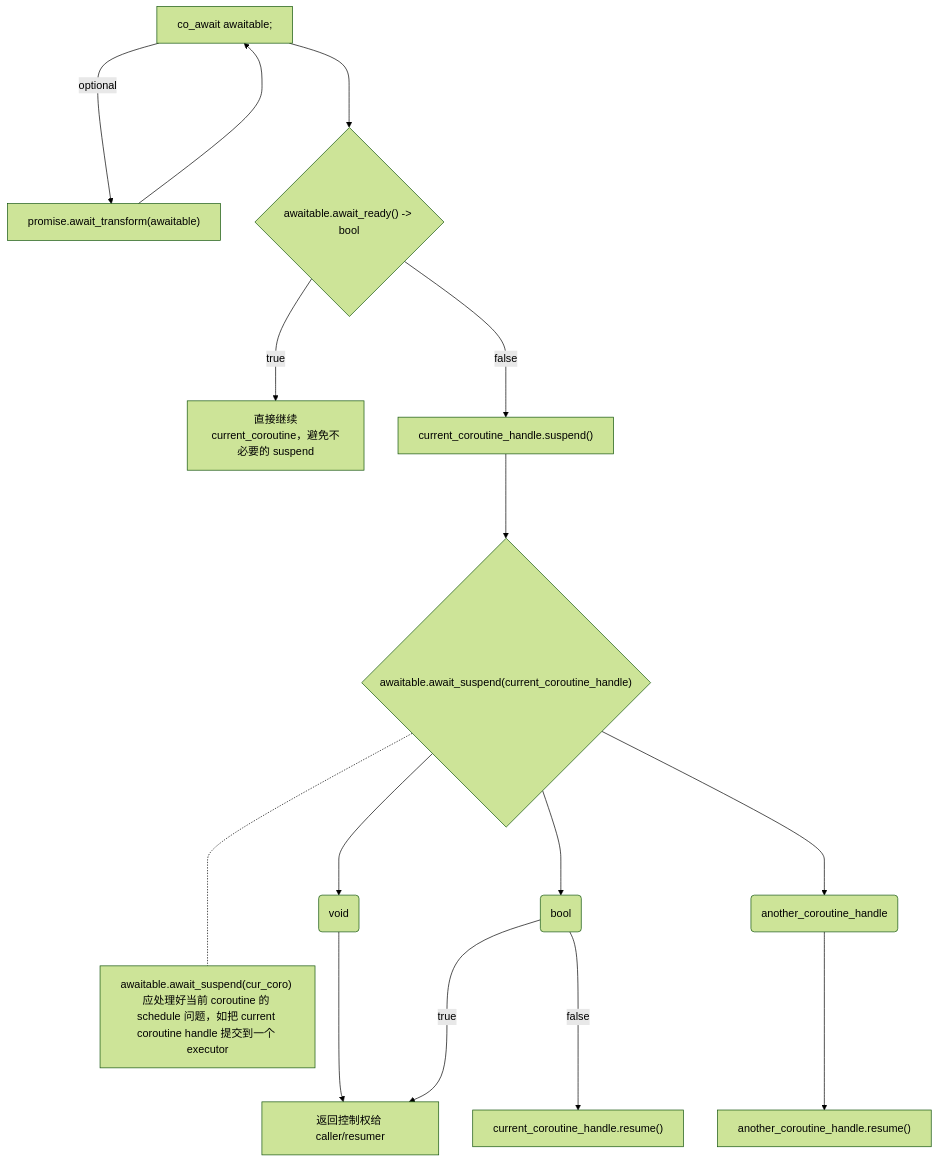
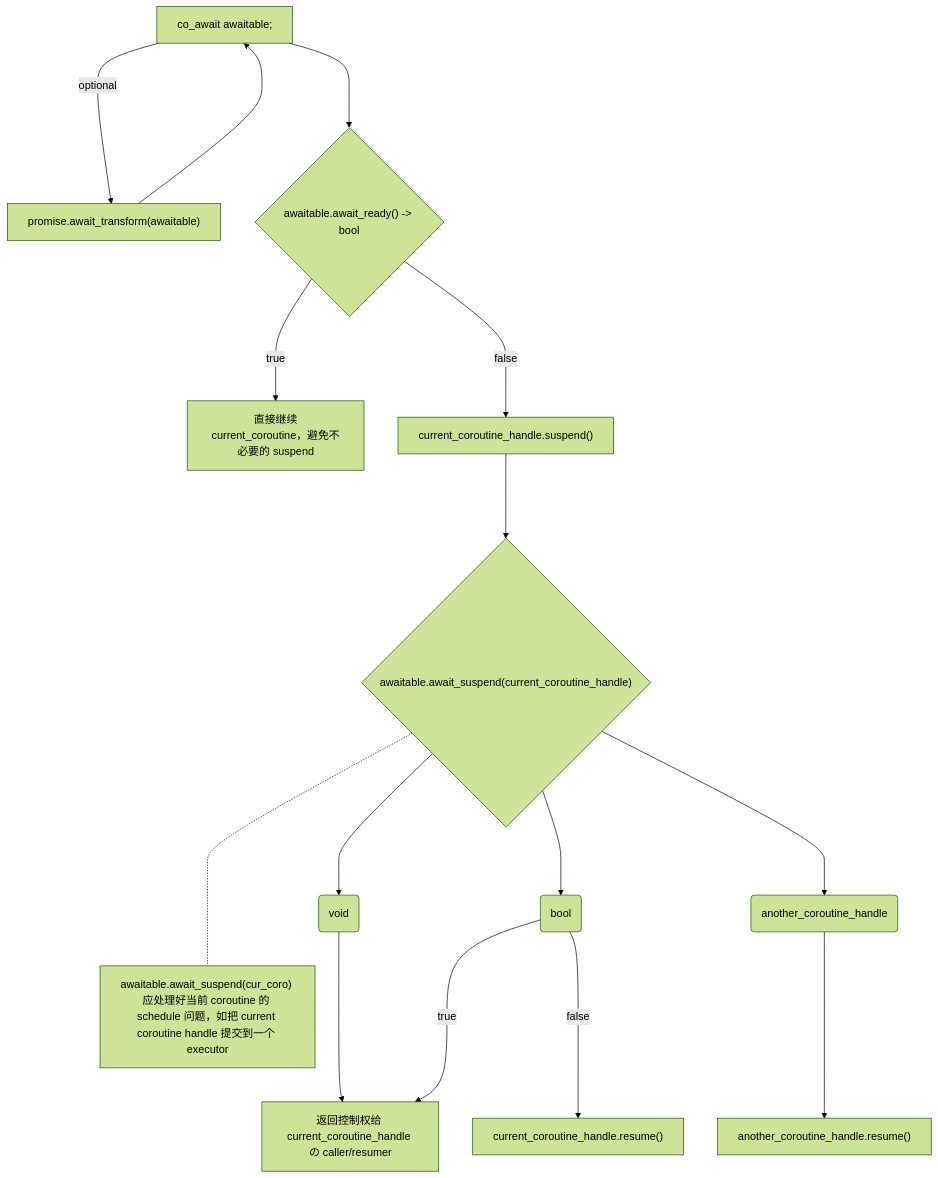
The diagram in content/post/开发/Cpp/协程/coroutine 初论.md (DvdBr3o/blog-space), drawn with Mermaid (forest theme) before and after one commit. The commit also changed other lines of this file and 26 other files, not shown here.

````diff
--- a/content/post/开发/Cpp/协程/coroutine 初论.md
+++ b/content/post/开发/Cpp/协程/coroutine 初论.md
@@ -203,18 +205,18 @@
 ```mermaid
 flowchart TD
 
 COAWAIT[co_await awaitable;] --->|optional| TRANSFORM["promise.await_transform(awaitable)"]
 TRANSFORM ---> COAWAIT
 COAWAIT ---> AWAIT_READY{"awaitable.await_ready() -> bool"}
 AWAIT_READY --->|true| CONTINUE["直接继续current_coroutine，避免不必要的 suspend"]
 AWAIT_READY --->|false| SUSPEND["current_coroutine_handle.suspend()"]
 SUSPEND ---> AWAIT_SUSPEND{"awaitable.await_suspend(current_coroutine_handle)"}
 AWAIT_SUSPEND ---> AWAIT_SUSPEND_VOID(void)
-AWAIT_SUSPEND_VOID ---> TRANSFER_CONTROL["返回控制权给 caller/resumer"]
+AWAIT_SUSPEND_VOID ---> TRANSFER_CONTROL["返回控制权给 current_coroutine_handle の caller/resumer"]
 AWAIT_SUSPEND ---> AWAIT_SUSPEND_BOOL(bool)
 AWAIT_SUSPEND_BOOL --->|true| TRANSFER_CONTROL
 AWAIT_SUSPEND_BOOL --->|false| RESUME_CURRENT["current_coroutine_handle.resume()"]
 AWAIT_SUSPEND ---> AWAIT_SUSPEND_CORO(another_coroutine_handle)
 AWAIT_SUSPEND_CORO ---> RESUME_ANOTHER["another_coroutine_handle.resume()"]
 AWAIT_SUSPEND -...- AWAIT_SUSPEND_RESP["awaitable.await_suspend(cur_coro) 应处理好当前 coroutine 的 schedule 问题，如把 current coroutine handle 提交到一个 executor"]
 ```
````
